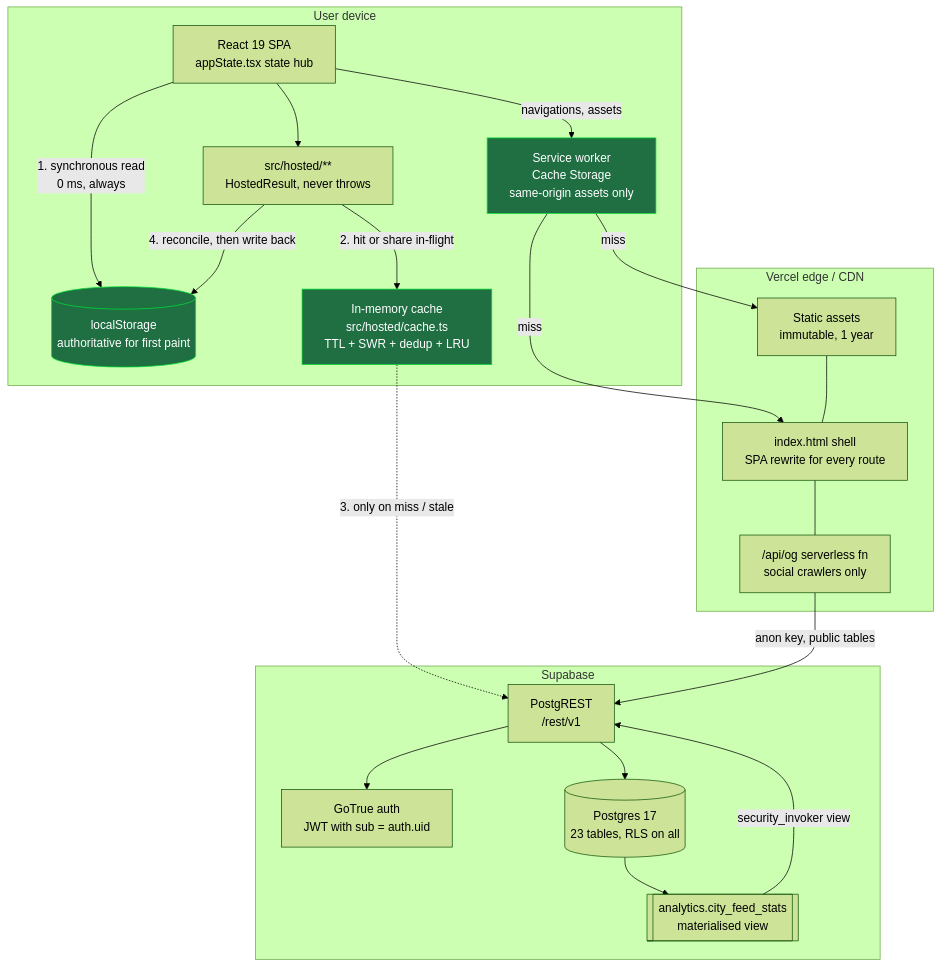
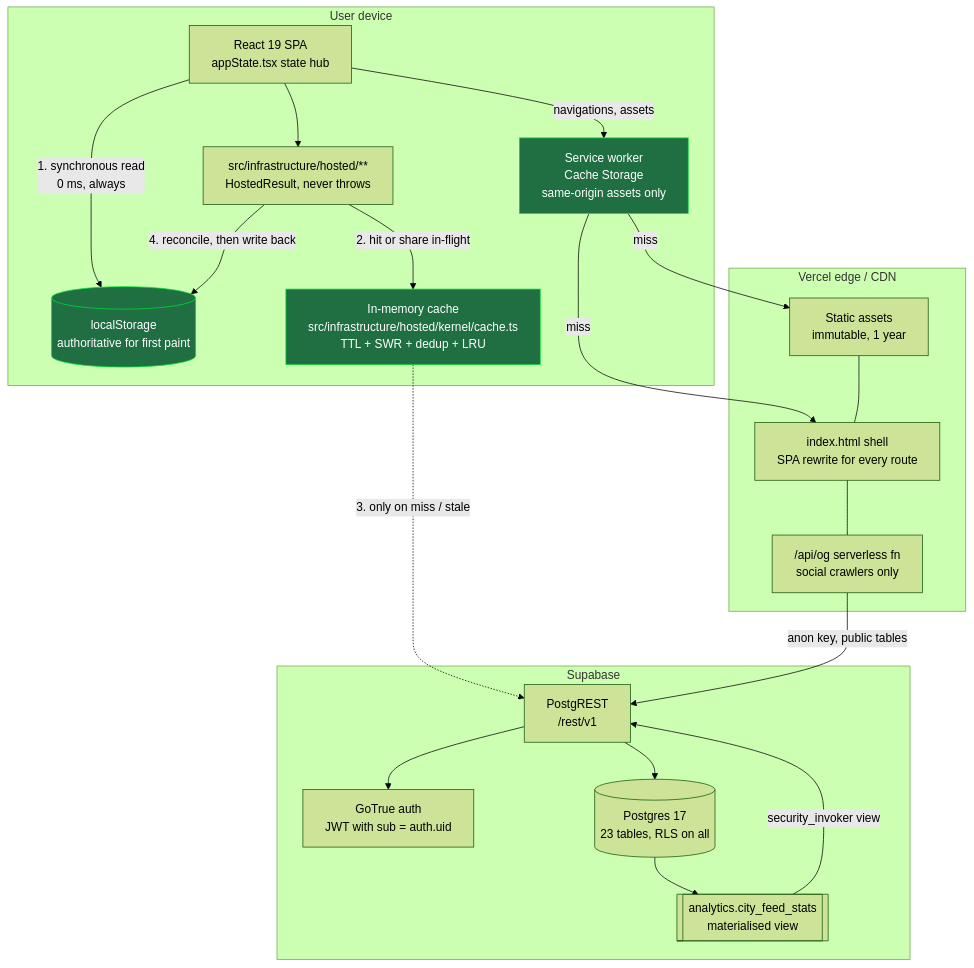
Before and after one commit to devanthrete-arch/MotoGP: the first of 2 diagrams in docs/SYSTEM_ARCHITECTURE.md, drawn with Mermaid (forest theme). The commit also changed other lines of this file and 10 other files, not shown here.

````diff
--- a/docs/SYSTEM_ARCHITECTURE.md
+++ b/docs/SYSTEM_ARCHITECTURE.md
@@ -37,41 +37,41 @@
 ```mermaid
 flowchart TB
     subgraph device["User device"]
         LS[("localStorage<br/>authoritative for first paint")]
         SW["Service worker<br/>Cache Storage<br/>same-origin assets only"]
-        MEM["In-memory cache<br/>src/hosted/cache.ts<br/>TTL + SWR + dedup + LRU"]
+        MEM["In-memory cache<br/>src/infrastructure/hosted/kernel/cache.ts<br/>TTL + SWR + dedup + LRU"]
         APP["React 19 SPA<br/>appState.tsx state hub"]
-        HOSTED["src/hosted/**<br/>HostedResult, never throws"]
+        HOSTED["src/infrastructure/hosted/**<br/>HostedResult, never throws"]
     end
 
     subgraph edge["Vercel edge / CDN"]
         CDN["Static assets<br/>immutable, 1 year"]
         SHELL["index.html shell<br/>SPA rewrite for every route"]
         OG["/api/og serverless fn<br/>social crawlers only"]
     end
 
     subgraph supa["Supabase"]
         REST["PostgREST<br/>/rest/v1"]
         AUTH["GoTrue auth<br/>JWT with sub = auth.uid"]
         PG[("Postgres 17<br/>23 tables, RLS on all")]
         MV[["analytics.city_feed_stats<br/>materialised view"]]
     end
 
     APP -->|"1. synchronous read<br/>0 ms, always"| LS
     APP --> HOSTED
     HOSTED -->|"2. hit or share in-flight"| MEM
     MEM -.->|"3. only on miss / stale"| REST
     APP -->|navigations, assets| SW
     SW -->|miss| CDN
     SW -->|miss| SHELL
     CDN --- SHELL --- OG
     OG -->|"anon key, public tables"| REST
     REST --> AUTH
     REST --> PG
     PG --> MV
     MV -->|"security_invoker view"| REST
     HOSTED -->|"4. reconcile, then write back"| LS
 
     classDef local fill:#1f6f43,stroke:#0d3,color:#fff
     class LS,MEM,SW local
 ```
````
